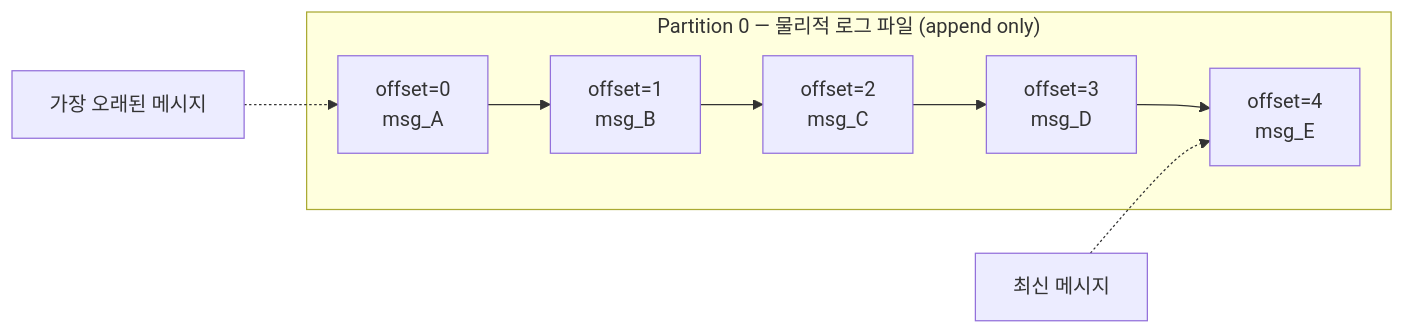
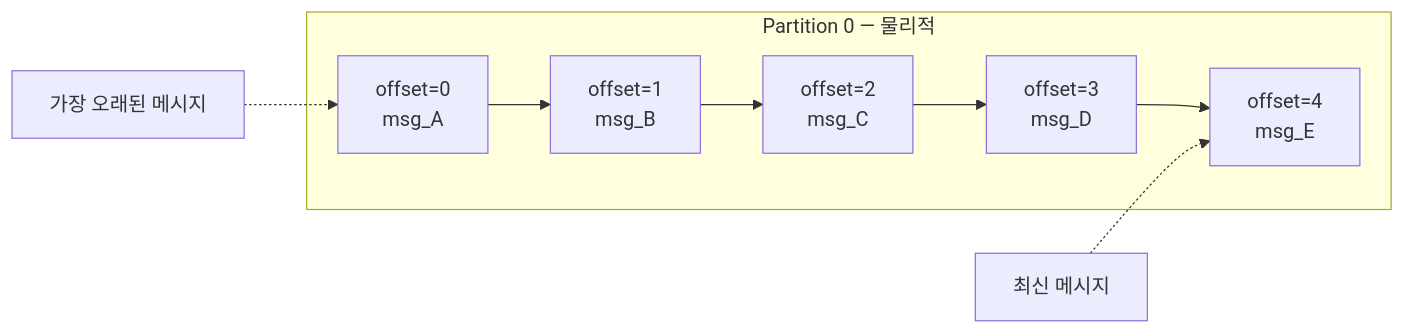
One commit to yjkim2015/yjkim2015.github.io changed the fourth of 17 diagrams in _posts/kafka/2026-05-01-kafka-fundamentals.md. Above: the diagram before and after it, drawn with Mermaid. The commit also changed other lines of this file and 271 other files, not shown here.

First line of the commit message:
Mermaid 라벨 축소: 긴 노드 텍스트 18자 이하로 트림 + \n 제거

````diff
--- a/_posts/kafka/2026-05-01-kafka-fundamentals.md
+++ b/_posts/kafka/2026-05-01-kafka-fundamentals.md
@@ -104,13 +104,13 @@
 ```mermaid
 graph LR
-    subgraph log["Partition 0 — 물리적 로그 파일 (append only)"]
+    subgraph log["Partition 0 — 물리적"]
         O0["offset=0\nmsg_A"]
         O1["offset=1\nmsg_B"]
         O2["offset=2\nmsg_C"]
         O3["offset=3\nmsg_D"]
         O4["offset=4\nmsg_E"]
         O0 --> O1 --> O2 --> O3 --> O4
     end
     note1["가장 오래된 메시지"] -.-> O0
     note2["최신 메시지"] -.-> O4
 ```
````
